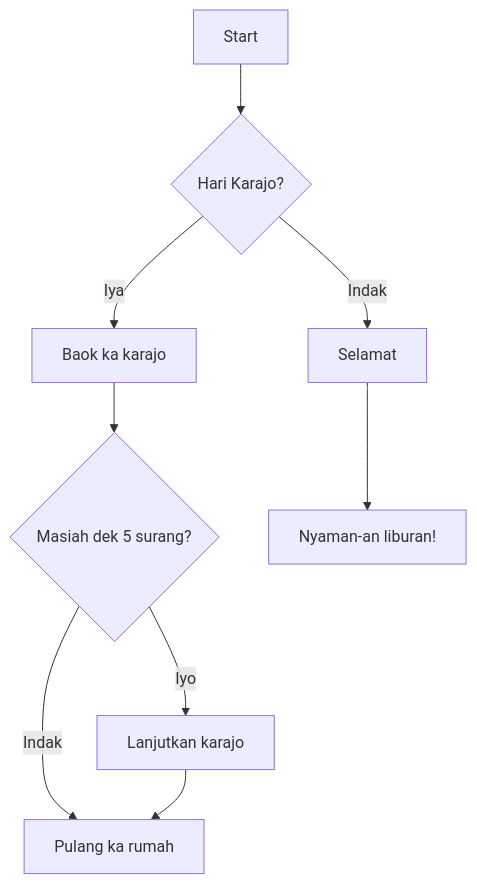
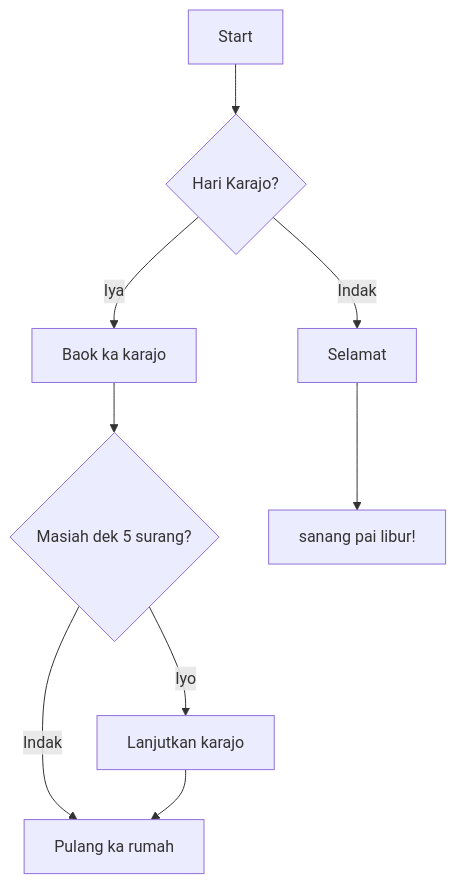
The diagram in materials/stie/mermaid.md (drshahizan/Generative-AI-Playground), drawn with Mermaid before and after one commit. The commit also changed other lines of this file, not shown here.

````diff
--- a/materials/stie/mermaid.md
+++ b/materials/stie/mermaid.md
@@ -36,11 +36,11 @@
 ```mermaid
 graph TD;
     A[Start] --> B{Hari Karajo?};
     B -- Iya --> C[Baok ka karajo];
     B -- Indak --> D[Selamat];
     C --> E{Masiah dek 5 surang?};
     E -- Iyo --> F[Lanjutkan karajo];
     E -- Indak --> G[Pulang ka rumah];
-    D --> H[Nyaman-an liburan!];
+    D --> H[sanang pai libur!];
     F --> G;
 ```
````
